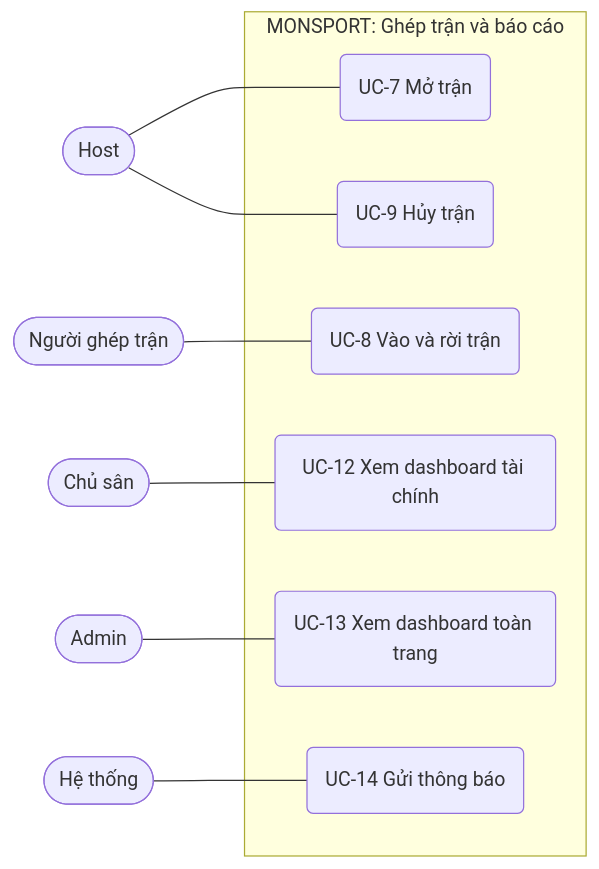
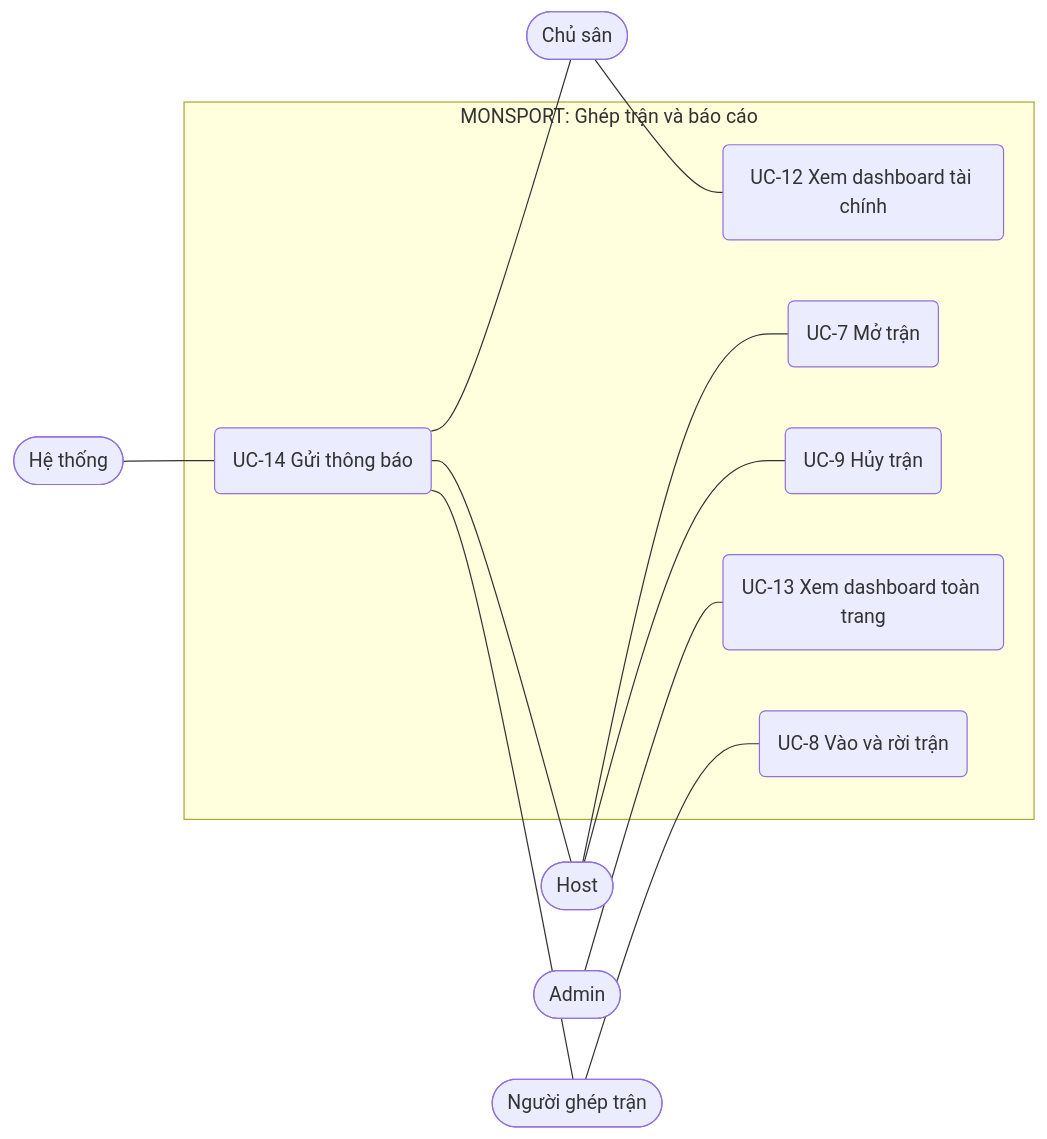
Before and after one commit to Tlerd/MON-Sport: the third of 9 diagrams in docs/requirements/models.md, drawn with Mermaid. The commit also changed other lines of this file, not shown here.

````diff
--- a/docs/requirements/models.md
+++ b/docs/requirements/models.md
@@ -70,22 +76,25 @@
 ```mermaid
 flowchart LR
     Host([Host])
     NguoiGhep([Người ghép trận])
     ChuSan([Chủ sân])
     Admin([Admin])
     HeThong([Hệ thống])
     subgraph MS2[MONSPORT: Ghép trận và báo cáo]
         UC7(UC-7 Mở trận)
         UC8(UC-8 Vào và rời trận)
         UC9(UC-9 Hủy trận)
         UC12(UC-12 Xem dashboard tài chính)
         UC13(UC-13 Xem dashboard toàn trang)
         UC14(UC-14 Gửi thông báo)
     end
     Host --- UC7
     Host --- UC9
     NguoiGhep --- UC8
     ChuSan --- UC12
     Admin --- UC13
     HeThong --- UC14
+    UC14 --- ChuSan
+    UC14 --- Host
+    UC14 --- NguoiGhep
 ```
````
